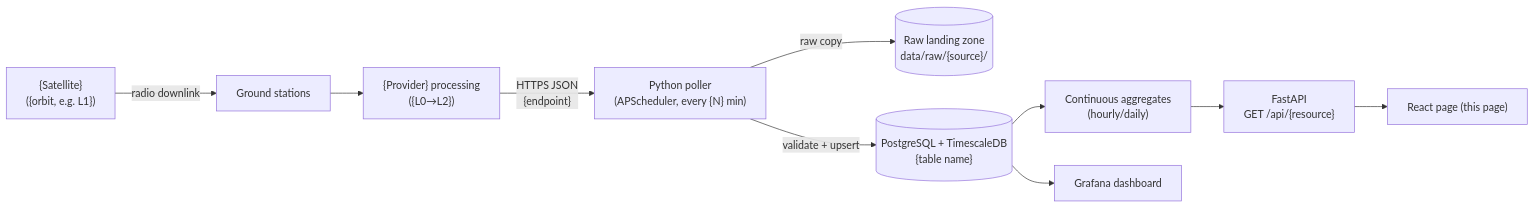
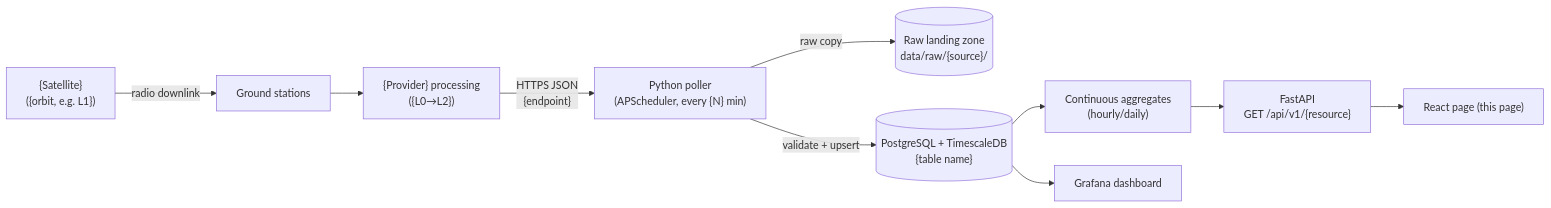
Before and after one commit to howardisaacson/tachocline-industries: the diagram in docs/about-this-page-template.md, drawn with Mermaid. The commit also changed 15 other files, not shown here.

````diff
--- a/docs/about-this-page-template.md
+++ b/docs/about-this-page-template.md
@@ -31,12 +31,12 @@
 ```mermaid
 flowchart LR
     SAT["{Satellite}<br/>({orbit, e.g. L1})"] -->|radio downlink| GS["Ground stations"]
     GS --> PROV["{Provider} processing<br/>({L0→L2})"]
     PROV -->|"HTTPS JSON<br/>{endpoint}"| POLL["Python poller<br/>(APScheduler, every {N} min)"]
     POLL -->|raw copy| RAW[("Raw landing zone<br/>data/raw/{source}/")]
     POLL -->|validate + upsert| DB[("PostgreSQL + TimescaleDB<br/>{table name}")]
     DB --> AGG["Continuous aggregates<br/>(hourly/daily)"]
     DB --> GRAF["Grafana dashboard"]
-    AGG --> API["FastAPI<br/>GET /api/{resource}"]
+    AGG --> API["FastAPI<br/>GET /api/v1/{resource}"]
     API --> WEB["React page (this page)"]
 ```
````
